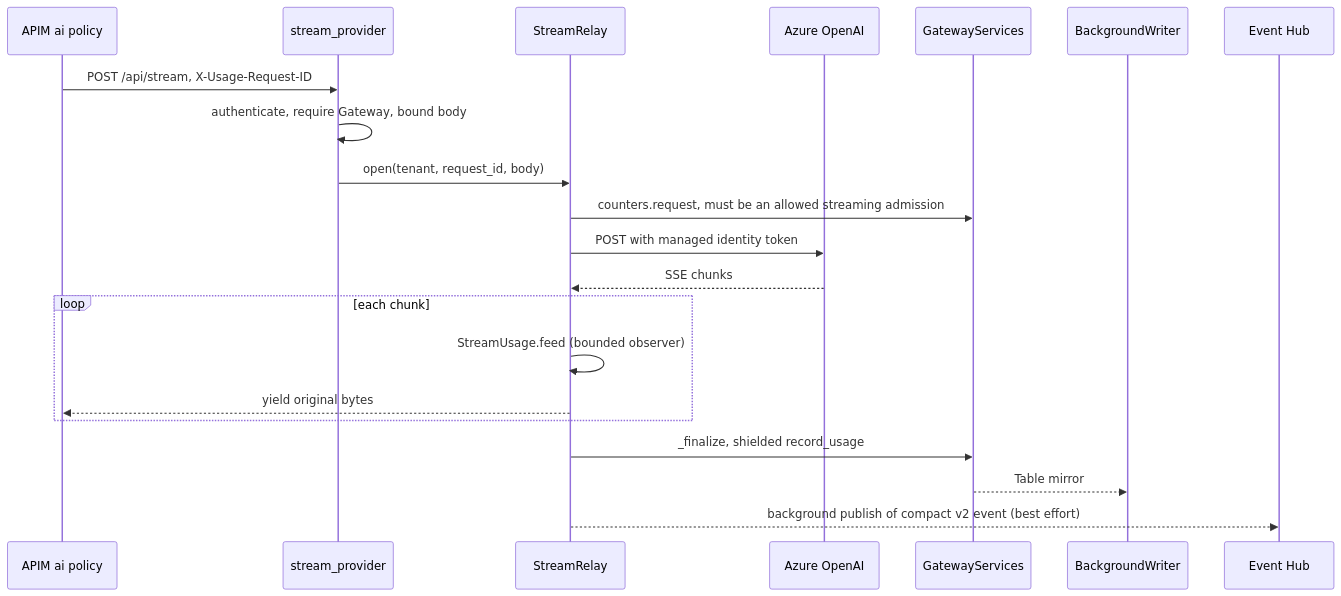
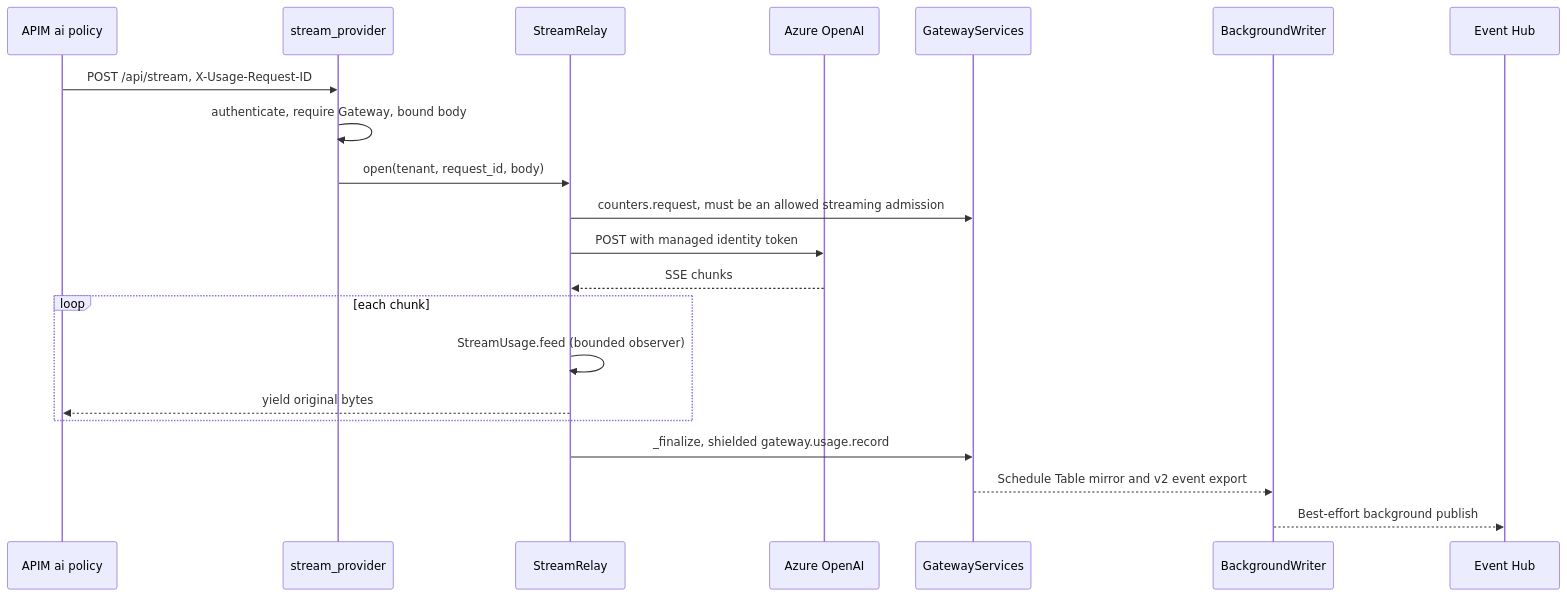
The third of 3 diagrams in docs/code-guide.md (jordanbean-msft/apim-rate-limit-foundry), drawn with Mermaid before and after one commit. The commit also changed other lines of this file and 25 other files, not shown here.

````diff
--- a/docs/code-guide.md
+++ b/docs/code-guide.md
@@ -202,23 +209,23 @@
 ```mermaid
 sequenceDiagram
     participant A as APIM ai policy
     participant F as stream_provider
     participant S as StreamRelay
     participant O as Azure OpenAI
     participant E as GatewayServices
     participant W as BackgroundWriter
     participant U as Event Hub
     A->>F: POST /api/stream, X-Usage-Request-ID
     F->>F: authenticate, require Gateway, bound body
     F->>S: open(tenant, request_id, body)
     S->>E: counters.request, must be an allowed streaming admission
     S->>O: POST with managed identity token
     O-->>S: SSE chunks
     loop each chunk
         S->>S: StreamUsage.feed (bounded observer)
         S-->>A: yield original bytes
     end
-    S->>E: _finalize, shielded record_usage
-    E-->>W: Table mirror
-    S-->>U: background publish of compact v2 event (best effort)
+    S->>E: _finalize, shielded gateway.usage.record
+    E-->>W: Schedule Table mirror and v2 event export
+    W-->>U: Best-effort background publish
 ```
````
